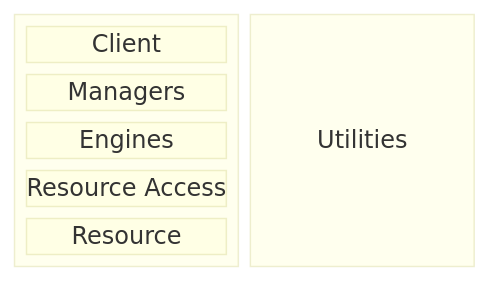
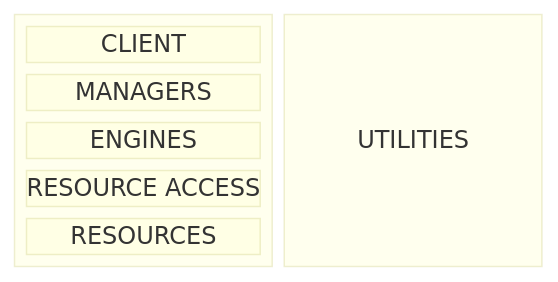
The first of 2 diagrams in skills/righting-software-system-design/SKILL.md (esond/claude-skills), drawn with Mermaid before and after one commit. The commit also changed other lines of this file and 1 other file, not shown here.

First line of the commit message:
Color diagram components by layer

````diff
--- a/skills/righting-software-system-design/SKILL.md
+++ b/skills/righting-software-system-design/SKILL.md
@@ -610,38 +610,51 @@
 ```mermaid
 block-beta
   columns 2
 
   block:main:1
     columns 1
 
-    block:client["Client"]
+    block:client["CLIENT"]
       columns 4
       %% Entry points — web, API, scheduler, inbound webhooks
+      %% Fill in actual components and apply: class id1,id2 client
     end
 
-    block:managers["Managers"]
+    block:managers["MANAGERS"]
       columns 3
       %% Workflow orchestrators — one per major workflow family
+      %% Apply: class id1,id2 manager
     end
 
-    block:engines["Engines"]
+    block:engines["ENGINES"]
       columns 5
       %% Business logic, rules, calculations
+      %% Apply: class id1,id2 engine
     end
 
-    block:accessors["Resource Access"]
+    block:accessors["RESOURCE ACCESS"]
       columns 4
       %% Wrap data + external integrations; expose atomic business verbs
+      %% Apply: class id1,id2 access
     end
 
-    block:resources["Resource"]
+    block:resources["RESOURCES"]
       columns 5
       %% Databases, partner APIs, external systems
+      %% Apply: class id1,id2 resource
     end
   end
 
-  block:utilities["Utilities"]:1
+  block:utilities["UTILITIES"]:1
     columns 1
     %% Cross-cutting infrastructure, consumed from any layer
+    %% Apply: class id1,id2 utility
   end
+
+  classDef client   fill:#d1fae5,stroke:#1f2937
+  classDef manager  fill:#fef9c3,stroke:#1f2937
+  classDef engine   fill:#fed7aa,stroke:#1f2937
+  classDef access   fill:#e5e7eb,stroke:#1f2937
+  classDef resource fill:#dbeafe,stroke:#1f2937
+  classDef utility  fill:#f3e8ff,stroke:#1f2937
 ```
````
